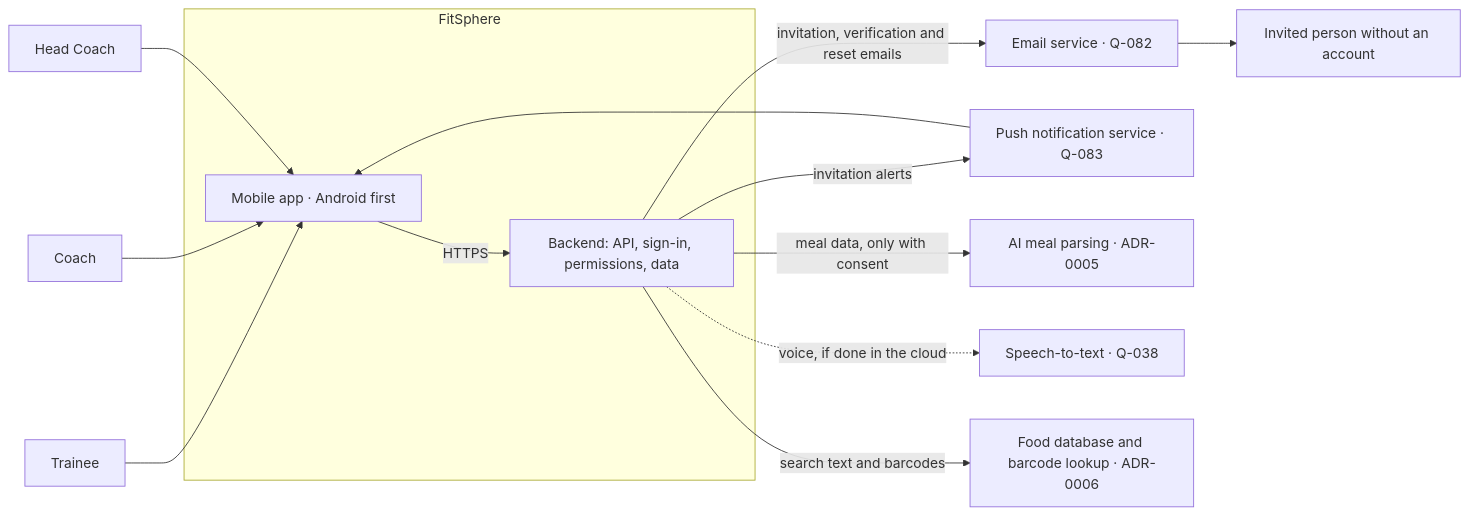
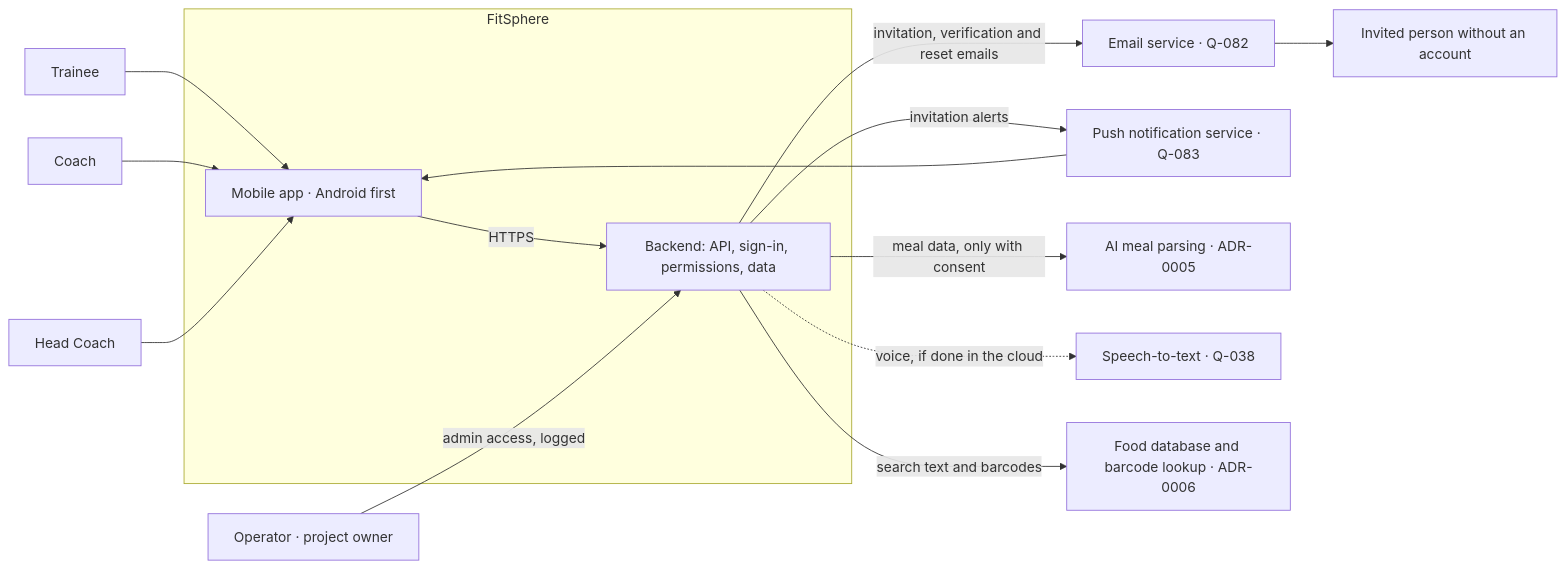
One commit to pradeepKumawatPalara/fitsphere changed the diagram in docs/architecture/system-context.md. Above: the diagram before and after it, drawn with Mermaid. The commit also changed other lines of this file and 13 other files, not shown here.

````diff
--- a/docs/architecture/system-context.md
+++ b/docs/architecture/system-context.md
@@ -33,27 +35,29 @@
 ```mermaid
 flowchart LR
     T[Trainee]
     C[Coach]
     H[Head Coach]
     N[Invited person without an account]
+    O[Operator · project owner]
     subgraph FS["FitSphere"]
         APP[Mobile app · Android first]
         BE[Backend: API, sign-in, permissions, data]
     end
     EMAIL[Email service · Q-082]
     PUSH[Push notification service · Q-083]
     AI[AI meal parsing · ADR-0005]
     STT[Speech-to-text · Q-038]
     FOOD[Food database and barcode lookup · ADR-0006]
     T --> APP
     C --> APP
     H --> APP
     APP -- HTTPS --> BE
+    O -- admin access, logged --> BE
     BE -- invitation, verification and reset emails --> EMAIL
     EMAIL --> N
     BE -- invitation alerts --> PUSH
     PUSH --> APP
     BE -- meal data, only with consent --> AI
     BE -. voice, if done in the cloud .-> STT
     BE -- search text and barcodes --> FOOD
 ```
````
